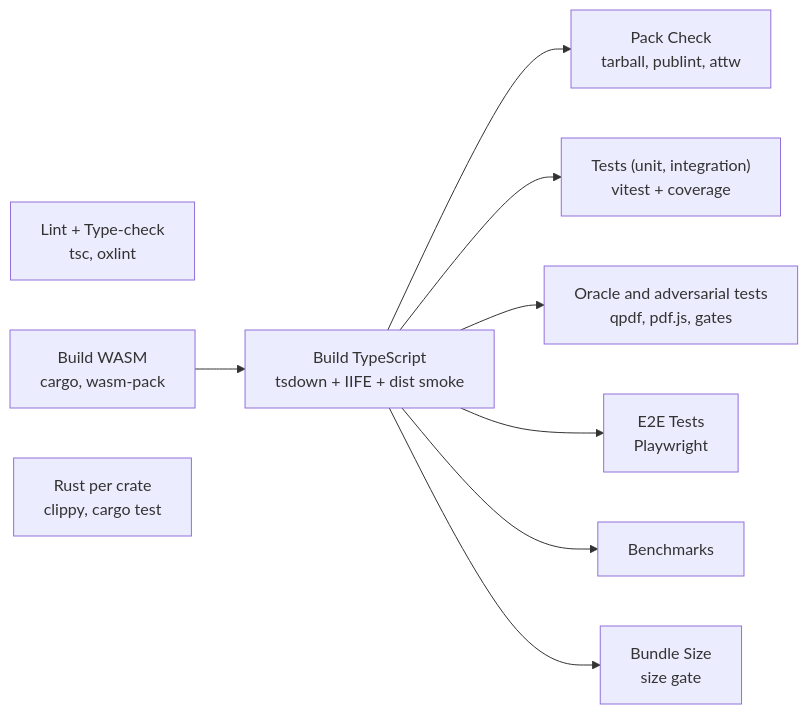
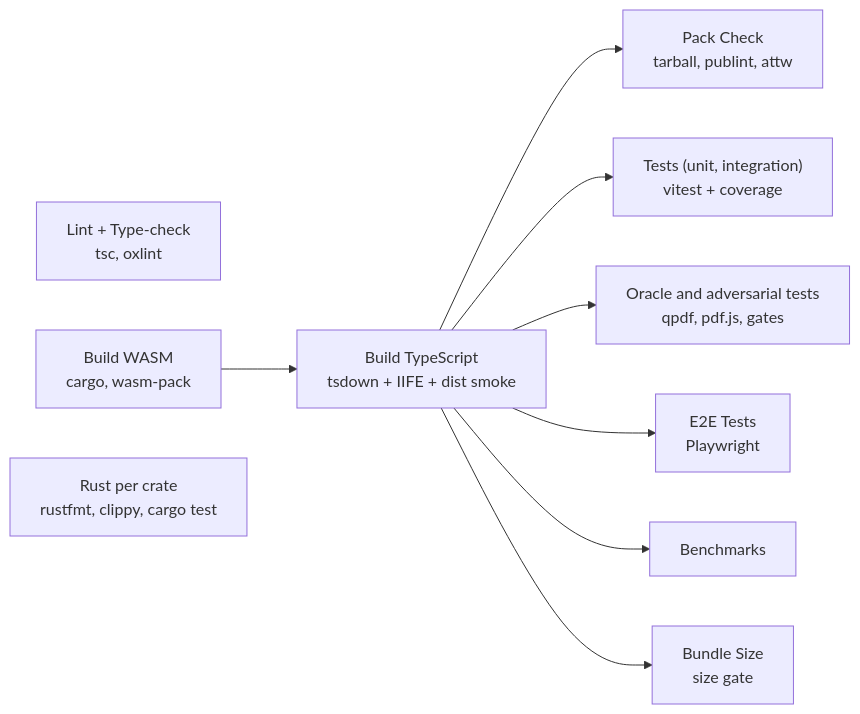
The diagram in CONTRIBUTING.md (ABCrimson/modern-pdf-lib), drawn with Mermaid before and after one commit. The commit also changed other lines of this file and 1 other file, not shown here.

First line of the commit message:
ci: enforce rustfmt and clippy with warnings denied on every Rust crate

````diff
--- a/CONTRIBUTING.md
+++ b/CONTRIBUTING.md
@@ -304,21 +316,21 @@
 ```mermaid
 flowchart LR
   L["Lint + Type-check<br/>tsc, oxlint"]
   W["Build WASM<br/>cargo, wasm-pack"]
   T["Build TypeScript<br/>tsdown + IIFE + dist smoke"]
   P["Pack Check<br/>tarball, publint, attw"]
   U["Tests (unit, integration)<br/>vitest + coverage"]
   O["Oracle and adversarial tests<br/>qpdf, pdf.js, gates"]
   E["E2E Tests<br/>Playwright"]
   B["Benchmarks"]
   S["Bundle Size<br/>size gate"]
-  R["Rust per crate<br/>clippy, cargo test"]
+  R["Rust per crate<br/>rustfmt, clippy, cargo test"]
 
   W --> T
   T --> P
   T --> U
   T --> O
   T --> E
   T --> B
   T --> S
 ```
````
